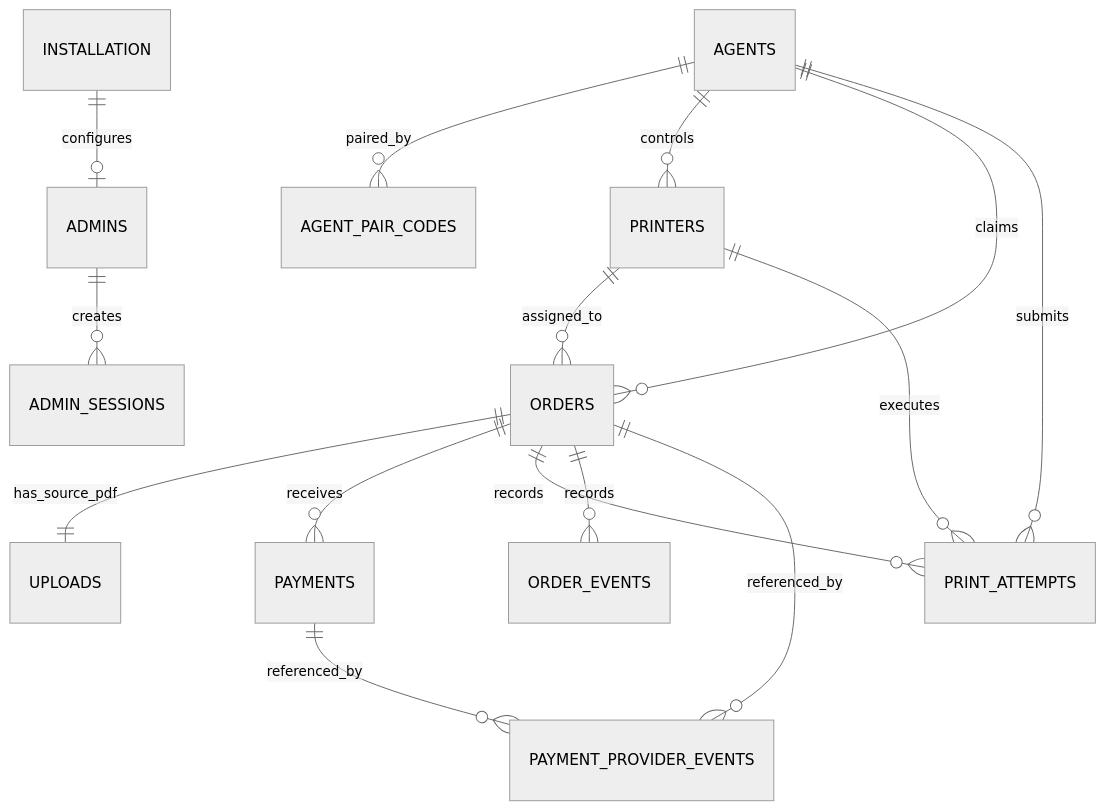
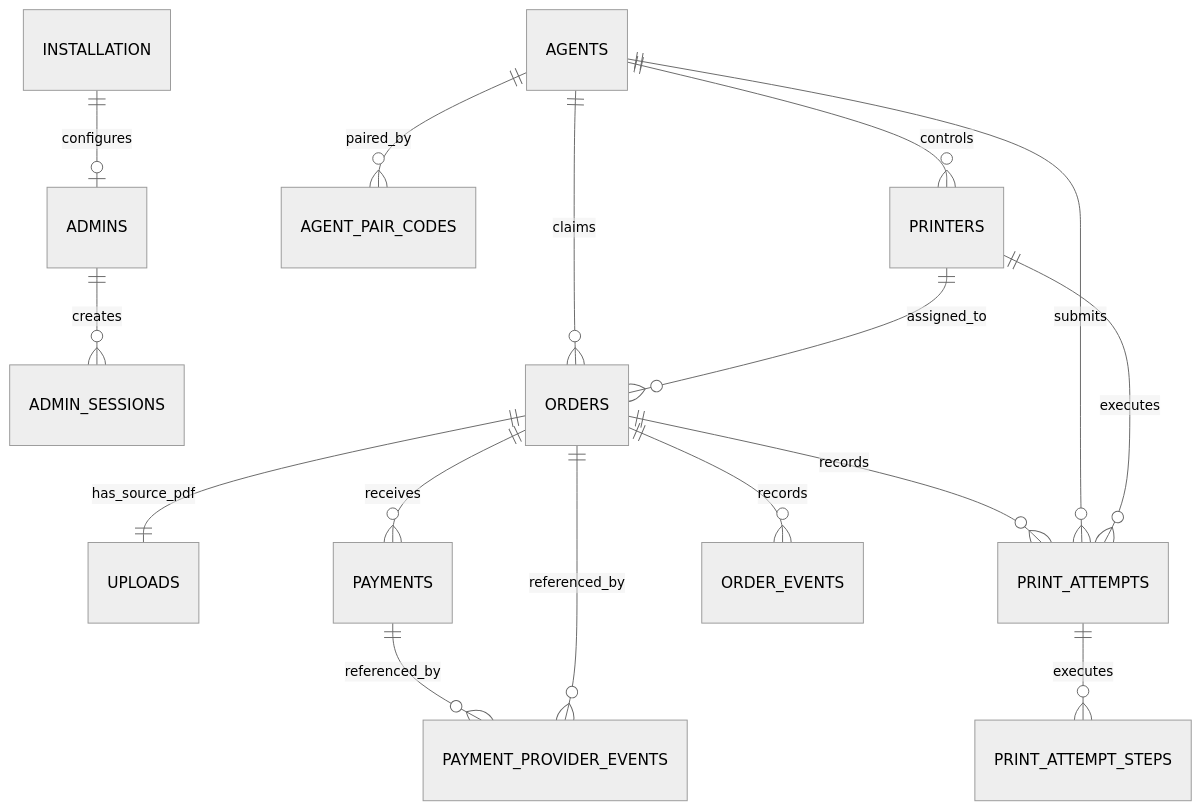
One commit to Manthan-13521/Online_Printer changed the diagram in docs/DATA_MODEL.md. Above: the diagram before and after it, drawn with Mermaid (neutral theme). The commit also changed other lines of this file and 36 other files, not shown here.

````diff
--- a/docs/DATA_MODEL.md
+++ b/docs/DATA_MODEL.md
@@ -68,17 +72,18 @@
 ```mermaid
 erDiagram
     INSTALLATION ||--o| ADMINS : configures
     ADMINS ||--o{ ADMIN_SESSIONS : creates
     AGENTS ||--o{ AGENT_PAIR_CODES : paired_by
     AGENTS ||--o{ PRINTERS : controls
     AGENTS ||--o{ ORDERS : claims
     PRINTERS ||--o{ ORDERS : assigned_to
     ORDERS ||--|| UPLOADS : has_source_pdf
     ORDERS ||--o{ PAYMENTS : receives
     ORDERS ||--o{ PRINT_ATTEMPTS : records
+    PRINT_ATTEMPTS ||--o{ PRINT_ATTEMPT_STEPS : executes
     AGENTS ||--o{ PRINT_ATTEMPTS : submits
     PRINTERS ||--o{ PRINT_ATTEMPTS : executes
     ORDERS ||--o{ ORDER_EVENTS : records
     PAYMENTS ||--o{ PAYMENT_PROVIDER_EVENTS : referenced_by
     ORDERS ||--o{ PAYMENT_PROVIDER_EVENTS : referenced_by
 ```
````
